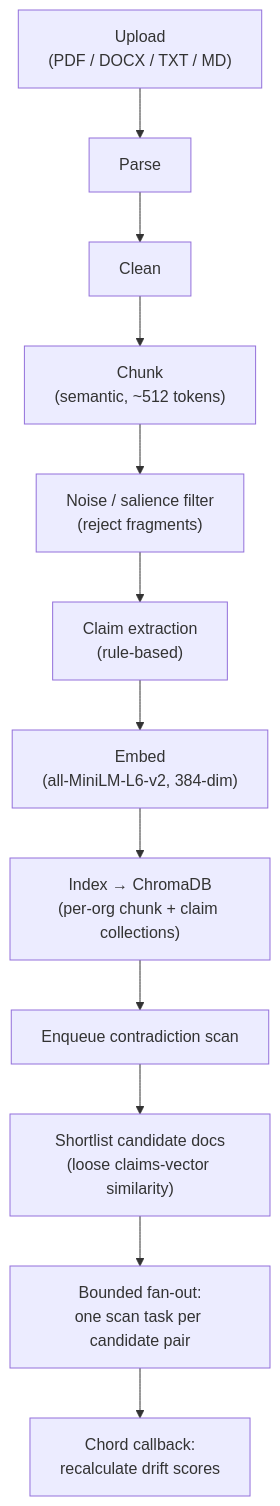
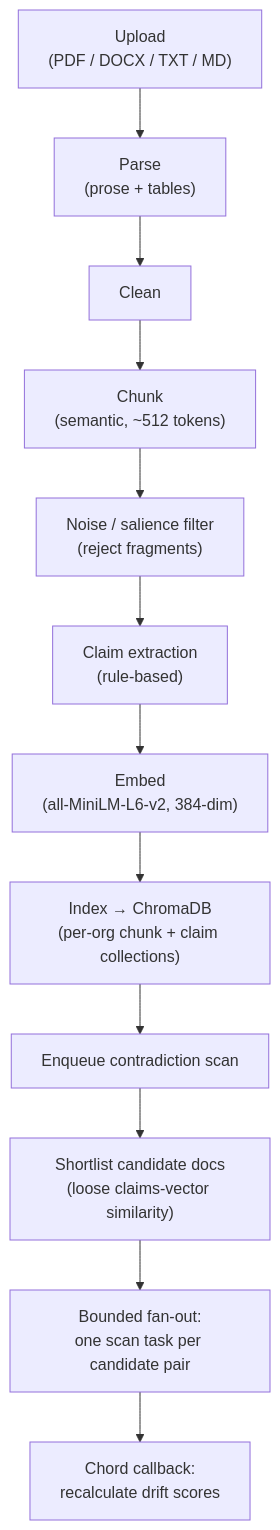
Before and after one commit to raghav-567/Lumen: the second of 3 diagrams in README.md, drawn with Mermaid. The commit also changed other lines of this file, not shown here.

````diff
--- a/README.md
+++ b/README.md
@@ -57,14 +58,14 @@
 ```mermaid
 flowchart TD
-    A["Upload<br/>(PDF / DOCX / TXT / MD)"] --> B["Parse"]
+    A["Upload<br/>(PDF / DOCX / TXT / MD)"] --> B["Parse<br/>(prose + tables)"]
     B --> C["Clean"]
     C --> D["Chunk<br/>(semantic, ~512 tokens)"]
     D --> E["Noise / salience filter<br/>(reject fragments)"]
     E --> F["Claim extraction<br/>(rule-based)"]
     F --> G["Embed<br/>(all-MiniLM-L6-v2, 384-dim)"]
     G --> H["Index → ChromaDB<br/>(per-org chunk + claim collections)"]
     H --> I["Enqueue contradiction scan"]
     I --> J["Shortlist candidate docs<br/>(loose claims-vector similarity)"]
     J --> K["Bounded fan-out:<br/>one scan task per candidate pair"]
     K --> L["Chord callback:<br/>recalculate drift scores"]
 ```
````
